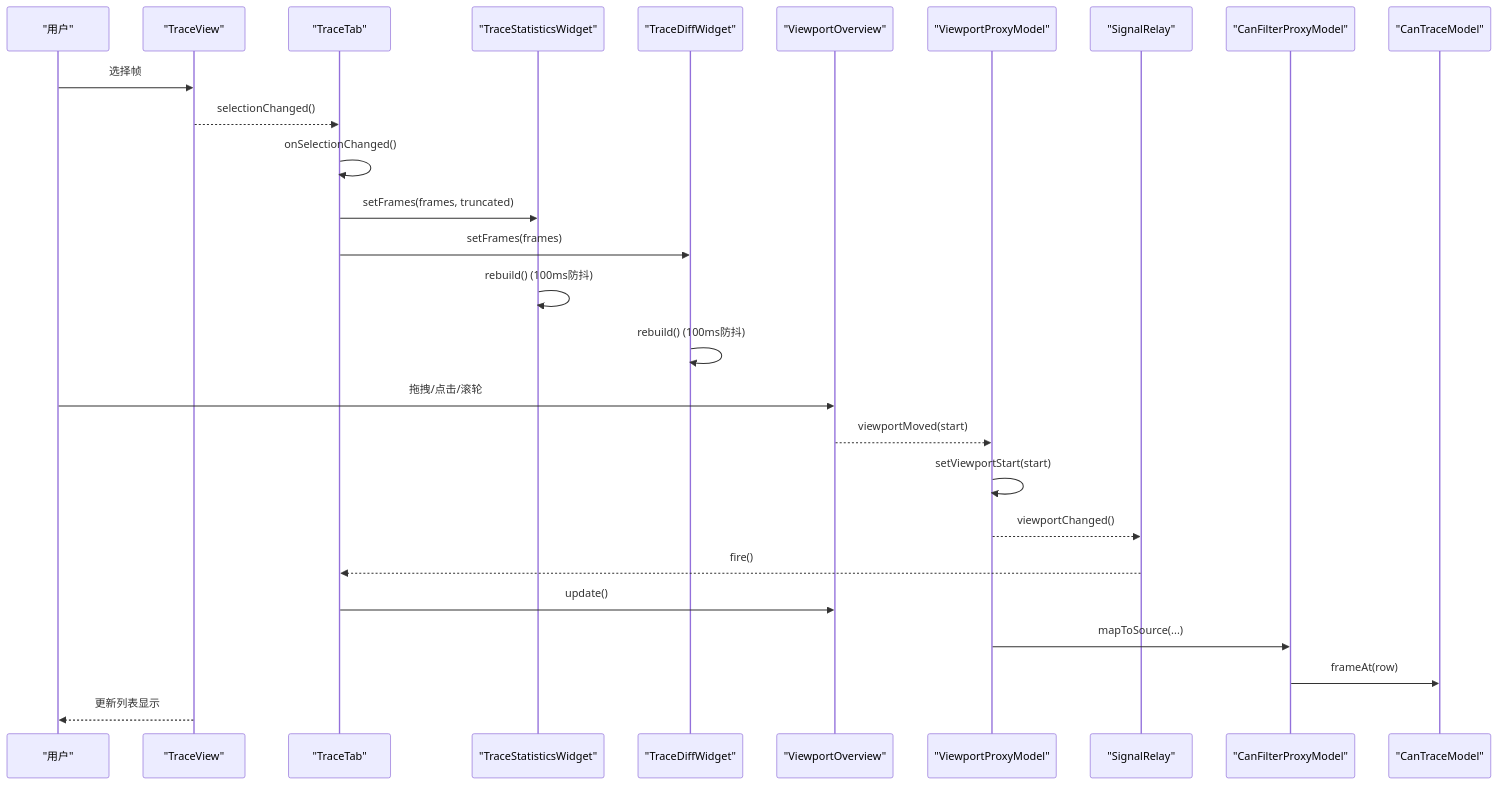
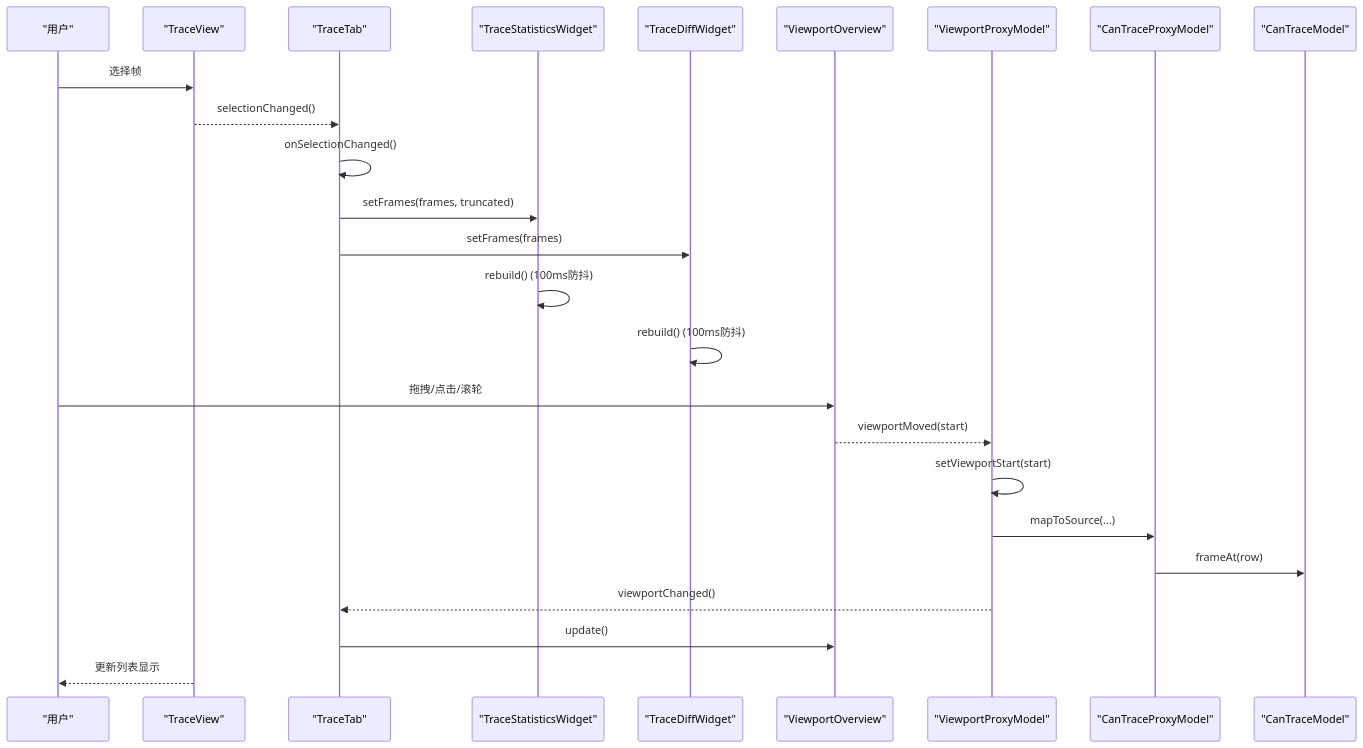
Before and after one commit to jakecai1225-design/OpenBus: the second of 10 diagrams in .qoder/repowiki/zh/content/架构设计/UI系统设计/跟踪视图视口概览.md, drawn with Mermaid. The commit also changed other lines of this file and 10 other files, not shown here.

Commit message:
flow指示灯，模拟器开关

````diff
--- a/.qoder/repowiki/zh/content/架构设计/UI系统设计/跟踪视图视口概览.md
+++ b/.qoder/repowiki/zh/content/架构设计/UI系统设计/跟踪视图视口概览.md
@@ -133,29 +132,27 @@
 ```mermaid
 sequenceDiagram
 participant User as "用户"
 participant TV as "TraceView"
 participant TT as "TraceTab"
 participant TSW as "TraceStatisticsWidget"
 participant TDW as "TraceDiffWidget"
 participant VO as "ViewportOverview"
 participant VPM as "ViewportProxyModel"
-participant SR as "SignalRelay"
-participant CFPM as "CanFilterProxyModel"
+participant CTPM as "CanTraceProxyModel"
 participant CTM as "CanTraceModel"
 User->>TV : 选择帧
 TV-->>TT : selectionChanged()
 TT->>TT : onSelectionChanged()
 TT->>TSW : setFrames(frames, truncated)
 TT->>TDW : setFrames(frames)
 TSW->>TSW : rebuild() (100ms防抖)
 TDW->>TDW : rebuild() (100ms防抖)
 User->>VO : 拖拽/点击/滚轮
 VO-->>VPM : viewportMoved(start)
 VPM->>VPM : setViewportStart(start)
-VPM-->>SR : viewportChanged()
-SR-->>TT : fire()
+VPM->>CTPM : mapToSource(...)
+CTPM->>CTM : frameAt(row)
+VPM-->>TT : viewportChanged()
 TT->>VO : update()
-VPM->>CFPM : mapToSource(...)
-CFPM->>CTM : frameAt(row)
 TV-->>User : 更新列表显示
 ```
````
